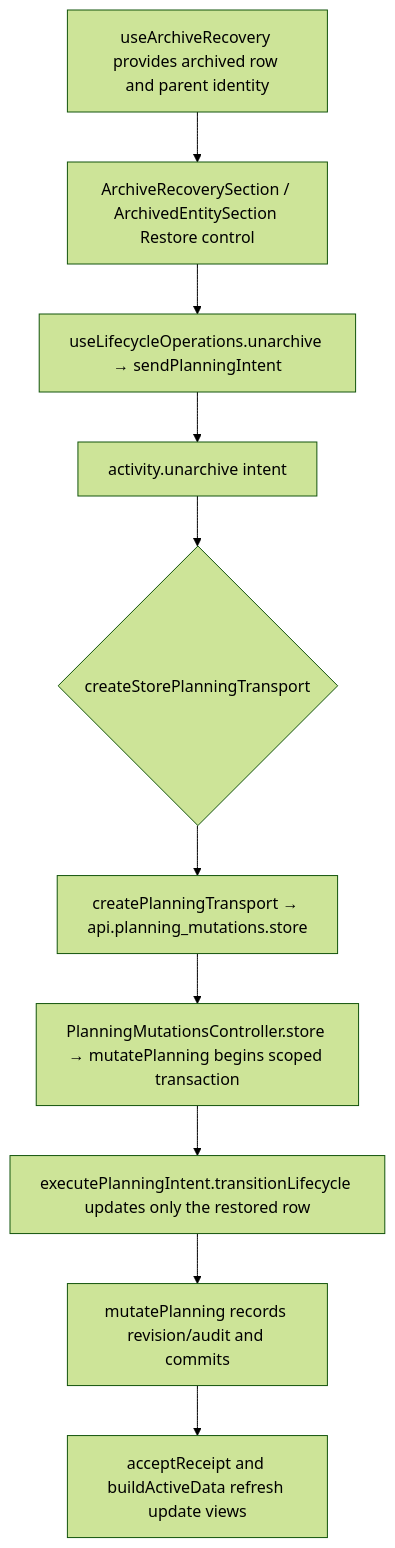
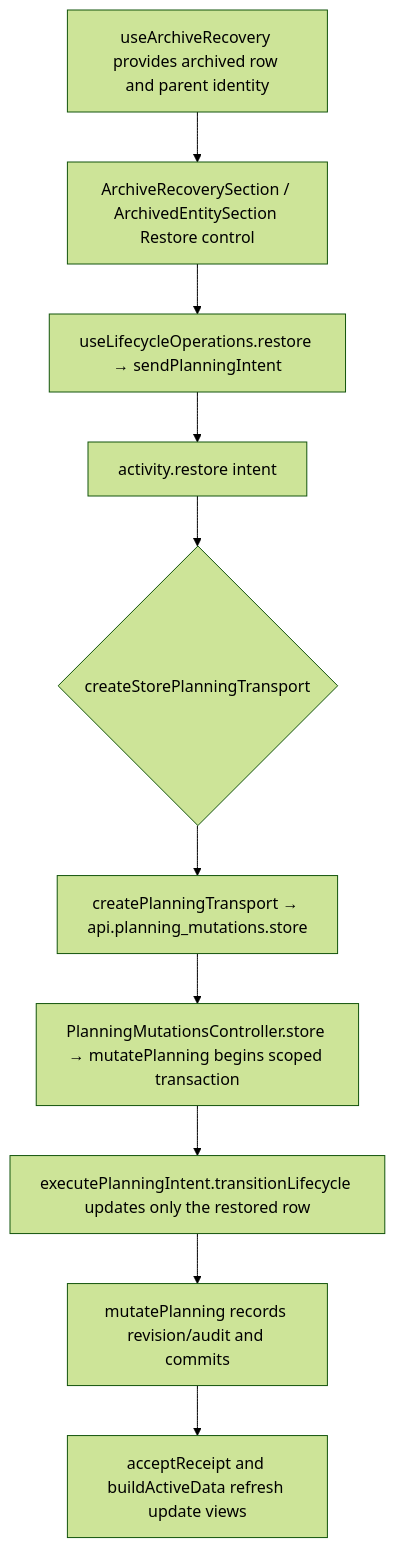
One commit to Kevinjohn/capacitylens changed the second of 2 diagrams in user-stories/activities/US-ACT-05-restore-activity.md. Above: the diagram before and after it, drawn with Mermaid (forest theme). The commit also changed 27 other files, not shown here.

First line of the commit message:
Restore operation: rename catalogue.unarchive and resource.unarchive to restore

````diff
--- a/user-stories/activities/US-ACT-05-restore-activity.md
+++ b/user-stories/activities/US-ACT-05-restore-activity.md
@@ -26,8 +26,8 @@
 ```mermaid
 flowchart TD
   A["useArchiveRecovery provides archived row and parent identity"] --> B["ArchiveRecoverySection / ArchivedEntitySection Restore control"]
-  B --> C["useLifecycleOperations.unarchive → sendPlanningIntent"] --> D["activity.unarchive intent"]
+  B --> C["useLifecycleOperations.restore → sendPlanningIntent"] --> D["activity.restore intent"]
   D --> E{"createStorePlanningTransport"}
   E --> F["createPlanningTransport → api.planning_mutations.store"] --> G["PlanningMutationsController.store → mutatePlanning begins scoped transaction"]
   G --> H["executePlanningIntent.transitionLifecycle updates only the restored row"] --> K["mutatePlanning records revision/audit and commits"] --> J["acceptReceipt and buildActiveData refresh update views"]
 ```
````
